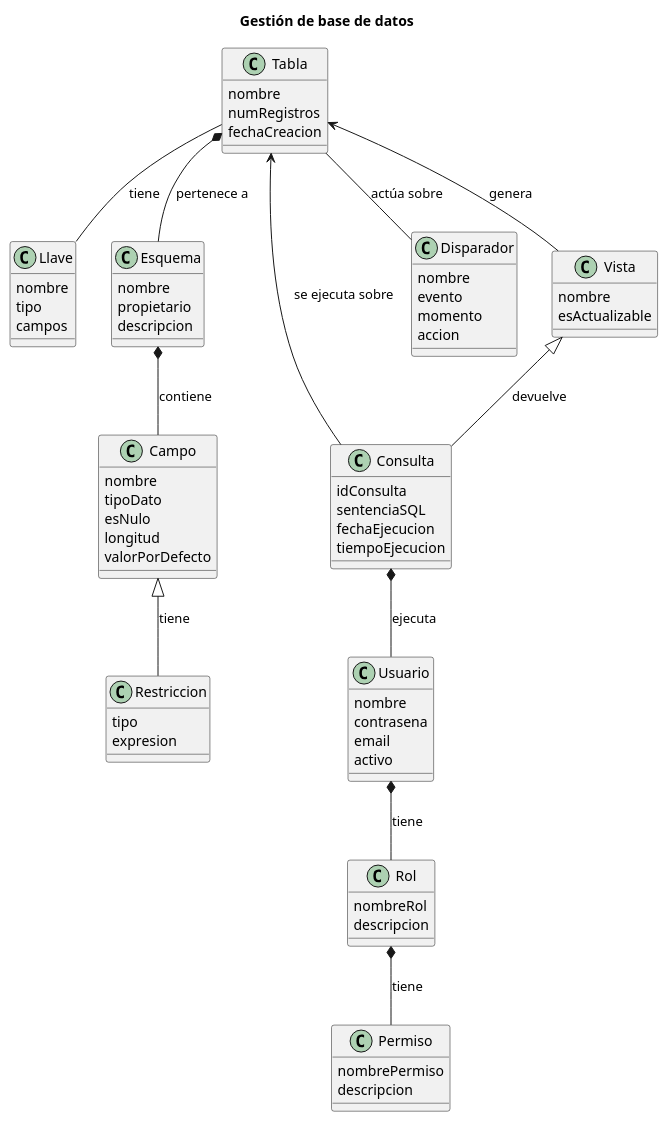
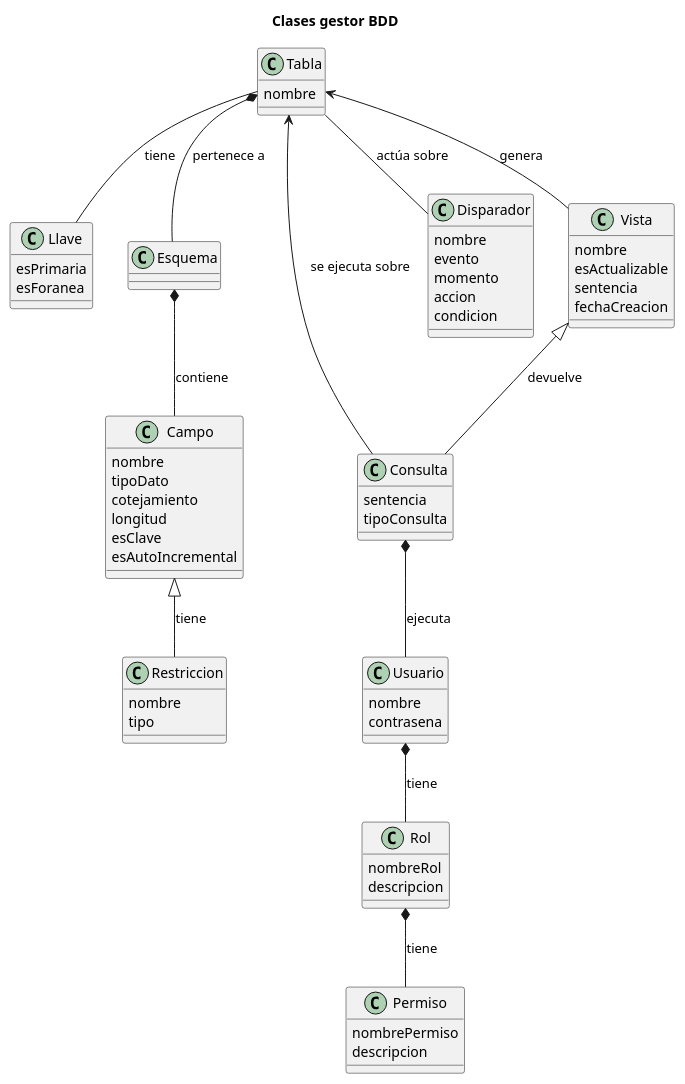
The diagram in entregas/martinezDiego/modelosUML/DiagramaClases.puml (31Diego/25-26-IDSW1), drawn with PlantUML before and after one commit. The commit also changed 6 other files, not shown here.

Commit message:
diagramas

```diff
--- a/entregas/martinezDiego/modelosUML/DiagramaClases.puml
+++ b/entregas/martinezDiego/modelosUML/DiagramaClases.puml
@@ -1,85 +1,79 @@
 @startuml
 
-title: Gestión de base de datos
+title Clases gestor BDD
 
 class Tabla {
-    nombre 
-    numRegistros 
-    fechaCreacion 
+    nombre
 }
 
 class Llave {
-    nombre
-    tipo 
-    campos 
+    esPrimaria
+    esForanea
 }
 
 class Esquema {
-    nombre 
-    propietario 
-    descripcion 
+    
 }
 
 class Campo {
-    nombre 
-    tipoDato 
-    esNulo 
+    nombre
+    tipoDato
+    cotejamiento
     longitud
-    valorPorDefecto 
+    esClave
+    esAutoIncremental
 }
 
 class Restriccion {
-    tipo 
-    expresion 
+    nombre
+    tipo
 }
 
 class Consulta {
-    idConsulta 
-    sentenciaSQL 
-    fechaEjecucion 
-    tiempoEjecucion 
+    sentencia
+    tipoConsulta
 }
 
 class Usuario {
     nombre
     contrasena
-    email 
-    activo 
 }
 
 class Rol {
-    nombreRol 
-    descripcion 
+    nombreRol
+    descripcion
 }
 
 class Permiso {
-    nombrePermiso 
-    descripcion 
+    nombrePermiso
+    descripcion
 }
 
 class Disparador {
-    nombre 
-    evento 
-    momento 
-    accion 
+    nombre
+    evento
+    momento
+    accion
+    condicion
 }
 
 class Vista {
-    nombre 
-    esActualizable 
+    nombre
+    esActualizable
+    sentencia
+    fechaCreacion
 }
-
 
 Tabla *-- Esquema : pertenece a 
 Esquema *-- Campo : contiene 
 Campo <|-- Restriccion : tiene 
 Tabla <-- Consulta : se ejecuta sobre 
 Consulta *-- Usuario : ejecuta 
 Usuario *-- Rol : tiene 
 Rol *-- Permiso : tiene 
 Tabla -- Disparador : actúa sobre 
 Tabla -- Llave : tiene 
 Tabla <-- Vista : genera 
 Vista <|-- Consulta : devuelve 
 
 @enduml
```
